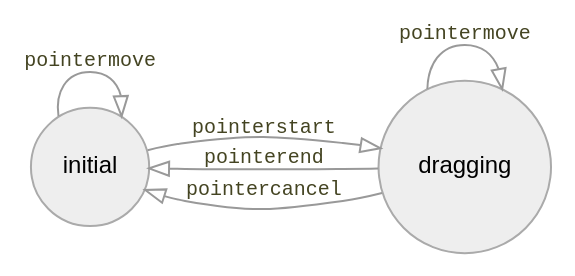
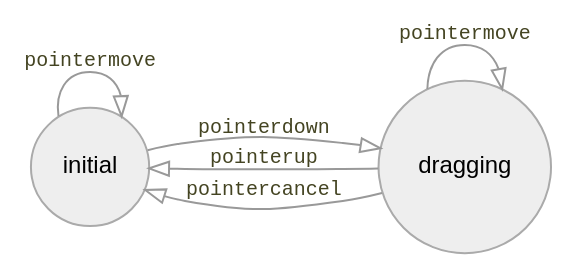
Before and after one commit to redblobgames/making-of-draggable: the sixth of 7 diagrams in index.org, drawn with Graphviz. The commit also changed other lines of this file and 1 other file, not shown here.

```diff
--- a/index.org
+++ b/index.org
@@ -183,13 +195,13 @@
 #+begin_src dot :file build/pointer.svg :exports results
 digraph {
     node [fontname=Helvetica, fontsize=12, shape=circle, style=filled, color="#aaaaaa", fillcolor="#eeeeee"];
     edge [fontname=Courier, fontsize=10, fontcolor="#444422", color="#999999", fillcolor="#ffffff"];
     
     rankdir=LR;
     initial -> initial [label = "pointermove"];
-    initial -> dragging [label = "pointerstart"];
+    initial -> dragging [label = "pointerdown"];
     dragging -> dragging [label = "pointermove"];
-    dragging -> initial [label = "pointerend"];
+    dragging -> initial [label = "pointerup"];
     dragging -> initial [label = "pointercancel"];
 }
 #+end_src
```
